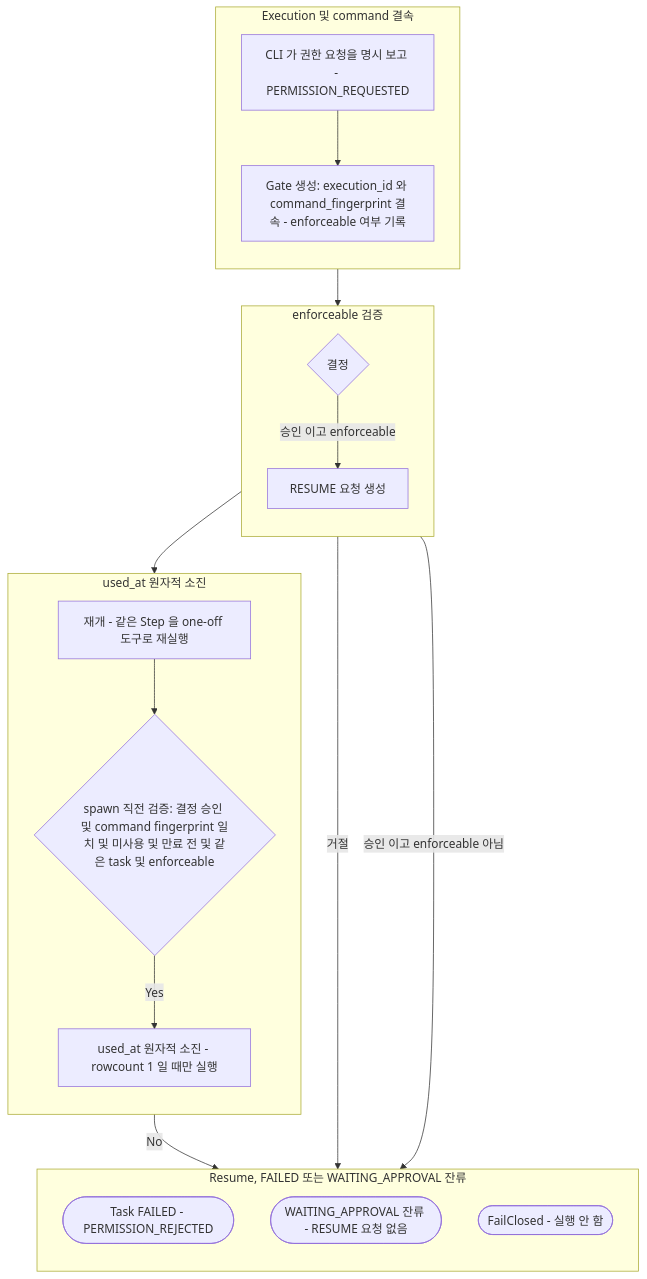
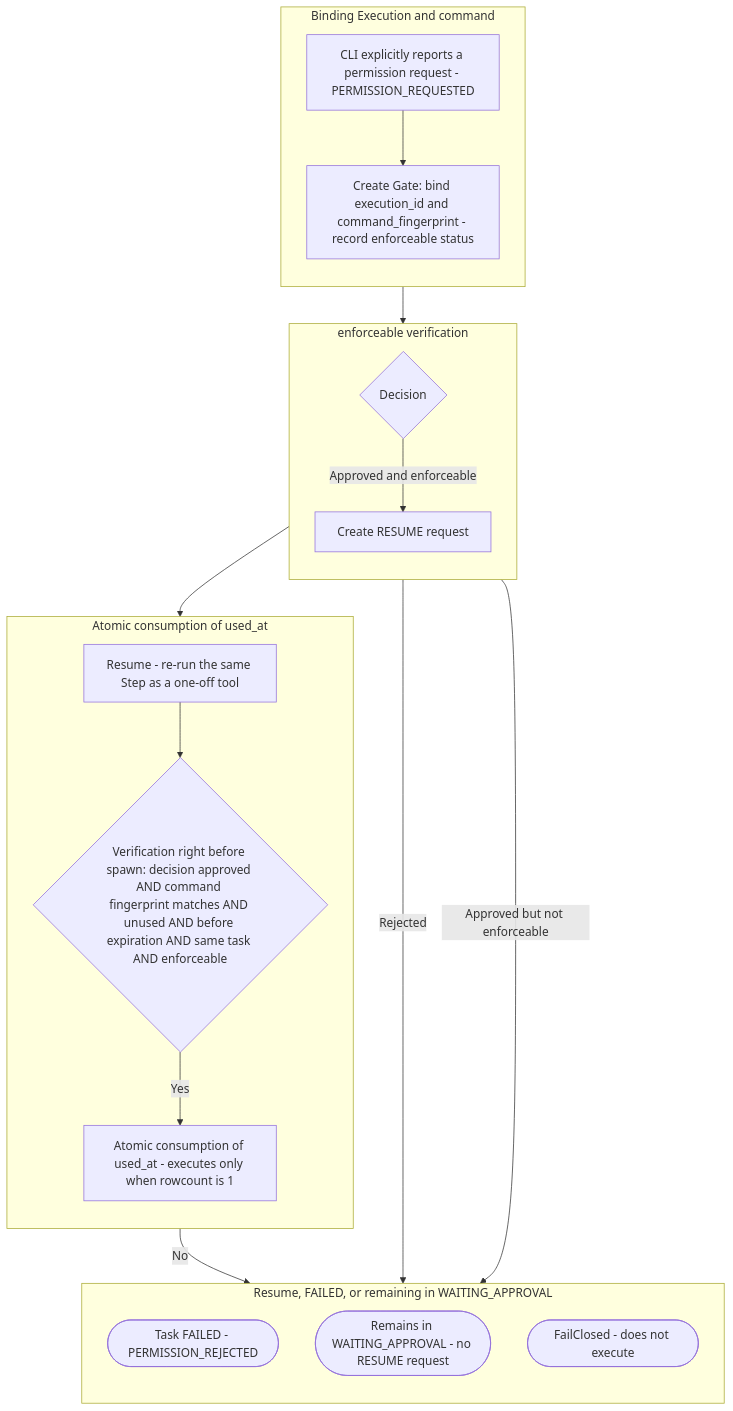
Before and after one commit to mdgome/orchestra-ai: the third of 5 diagrams in docs/workflow/08-human-gate.md, drawn with Mermaid. The commit also changed other lines of this file and 31 other files, not shown here.

````diff
--- a/docs/workflow/08-human-gate.md
+++ b/docs/workflow/08-human-gate.md
@@ -113,32 +115,32 @@
 ```mermaid
 flowchart TD
-    subgraph BIND["Execution 및 command 결속"]
+    subgraph BIND["Binding Execution and command"]
         direction TB
-        A["CLI 가 권한 요청을 명시 보고 - PERMISSION_REQUESTED"] --> B["Gate 생성: execution_id 와 command_fingerprint 결속 - enforceable 여부 기록"]
+        A["CLI explicitly reports a permission request - PERMISSION_REQUESTED"] --> B["Create Gate: bind execution_id and command_fingerprint - record enforceable status"]
     end
 
-    subgraph DECISION["enforceable 검증"]
+    subgraph DECISION["enforceable verification"]
         direction TB
-        D{"결정"}
-        D -->|"승인 이고 enforceable"| R["RESUME 요청 생성"]
+        D{"Decision"}
+        D -->|"Approved and enforceable"| R["Create RESUME request"]
     end
 
-    subgraph SPAWN["used_at 원자적 소진"]
+    subgraph SPAWN["Atomic consumption of used_at"]
         direction TB
-        S["재개 - 같은 Step 을 one-off 도구로 재실행"] --> U{"spawn 직전 검증: 결정 승인 및 command fingerprint 일치 및 미사용 및 만료 전 및 같은 task 및 enforceable"}
-        U -->|"Yes"| V["used_at 원자적 소진 - rowcount 1 일 때만 실행"]
+        S["Resume - re-run the same Step as a one-off tool"] --> U{"Verification right before spawn: decision approved AND command fingerprint matches AND unused AND before expiration AND same task AND enforceable"}
+        U -->|"Yes"| V["Atomic consumption of used_at - executes only when rowcount is 1"]
     end
 
-    subgraph OUTCOME["Resume, FAILED 또는 WAITING_APPROVAL 잔류"]
+    subgraph OUTCOME["Resume, FAILED, or remaining in WAITING_APPROVAL"]
         direction TB
         F(["Task FAILED - PERMISSION_REJECTED"])
-        H(["WAITING_APPROVAL 잔류 - RESUME 요청 없음"])
-        X(["FailClosed - 실행 안 함"])
+        H(["Remains in WAITING_APPROVAL - no RESUME request"])
+        X(["FailClosed - does not execute"])
     end
 
     B --> D
-    D -->|"거절"| F
-    D -->|"승인 이고 enforceable 아님"| H
+    D -->|"Rejected"| F
+    D -->|"Approved but not enforceable"| H
     R --> S
     U -->|"No"| X
 ```
````
